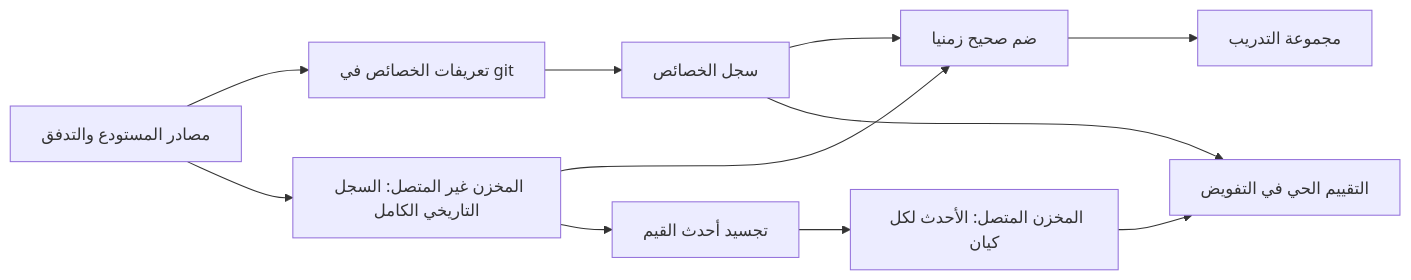
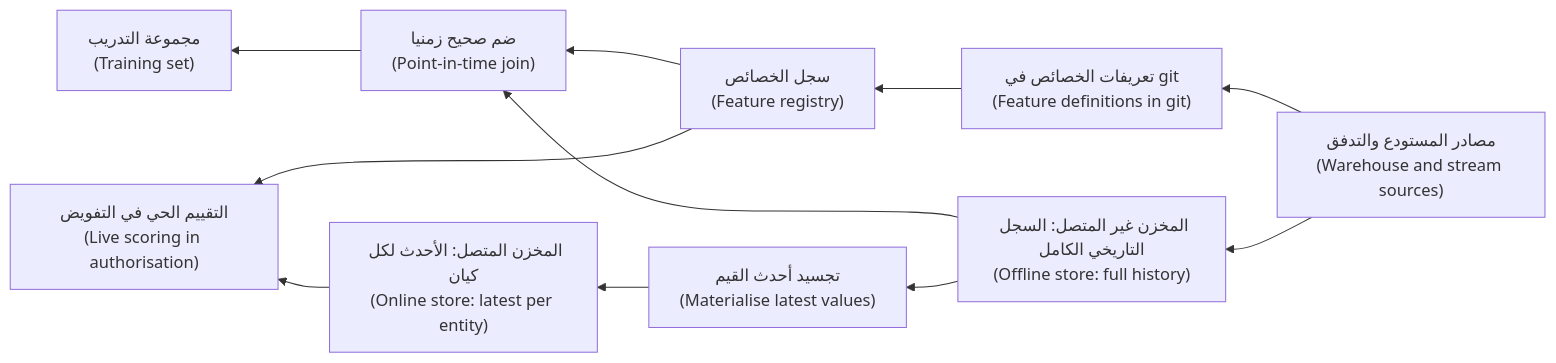
Before and after one commit to Tamoura/system-design-for-vibe-coders: the first of 3 diagrams in data/modules/05-ml.ar.md, drawn with Mermaid. The commit also changed other lines of this file and 20 other files, not shown here.

First line of the commit message:
New courses: Arabic diagrams read right-to-left with English labels (modules 0–6)

````diff
--- a/data/modules/05-ml.ar.md
+++ b/data/modules/05-ml.ar.md
@@ -128,13 +128,13 @@
 ```mermaid
-flowchart LR
-  S["مصادر المستودع والتدفق"] --> D["تعريفات الخصائص في git"]
-  D --> R["سجل الخصائص"]
-  S --> O["المخزن غير المتصل: السجل التاريخي الكامل"]
-  O --> PIT["ضم صحيح زمنيا"]
-  PIT --> T["مجموعة التدريب"]
-  O --> M["تجسيد أحدث القيم"]
-  M --> ON["المخزن المتصل: الأحدث لكل كيان"]
-  ON --> SV["التقييم الحي في التفويض"]
+flowchart RL
+  S["مصادر المستودع والتدفق<br/>(Warehouse and stream sources)"] --> D["تعريفات الخصائص في git<br/>(Feature definitions in git)"]
+  D --> R["سجل الخصائص<br/>(Feature registry)"]
+  S --> O["المخزن غير المتصل: السجل التاريخي الكامل<br/>(Offline store: full history)"]
+  O --> PIT["ضم صحيح زمنيا<br/>(Point-in-time join)"]
+  PIT --> T["مجموعة التدريب<br/>(Training set)"]
+  O --> M["تجسيد أحدث القيم<br/>(Materialise latest values)"]
+  M --> ON["المخزن المتصل: الأحدث لكل كيان<br/>(Online store: latest per entity)"]
+  ON --> SV["التقييم الحي في التفويض<br/>(Live scoring in authorisation)"]
   R --> PIT
   R --> SV
 ```
````
